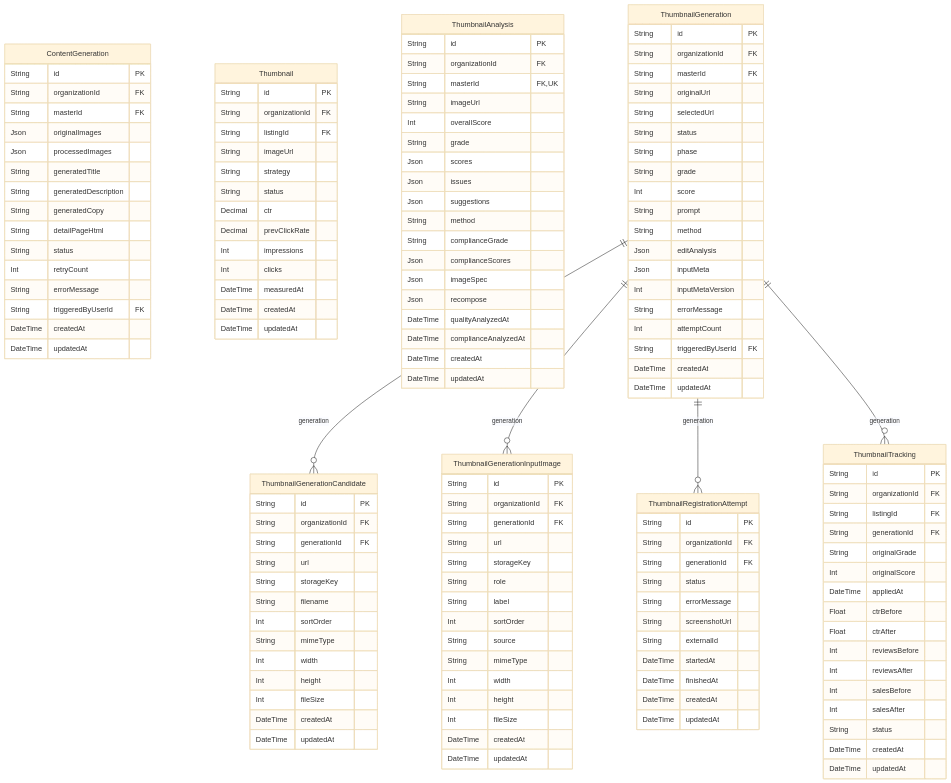
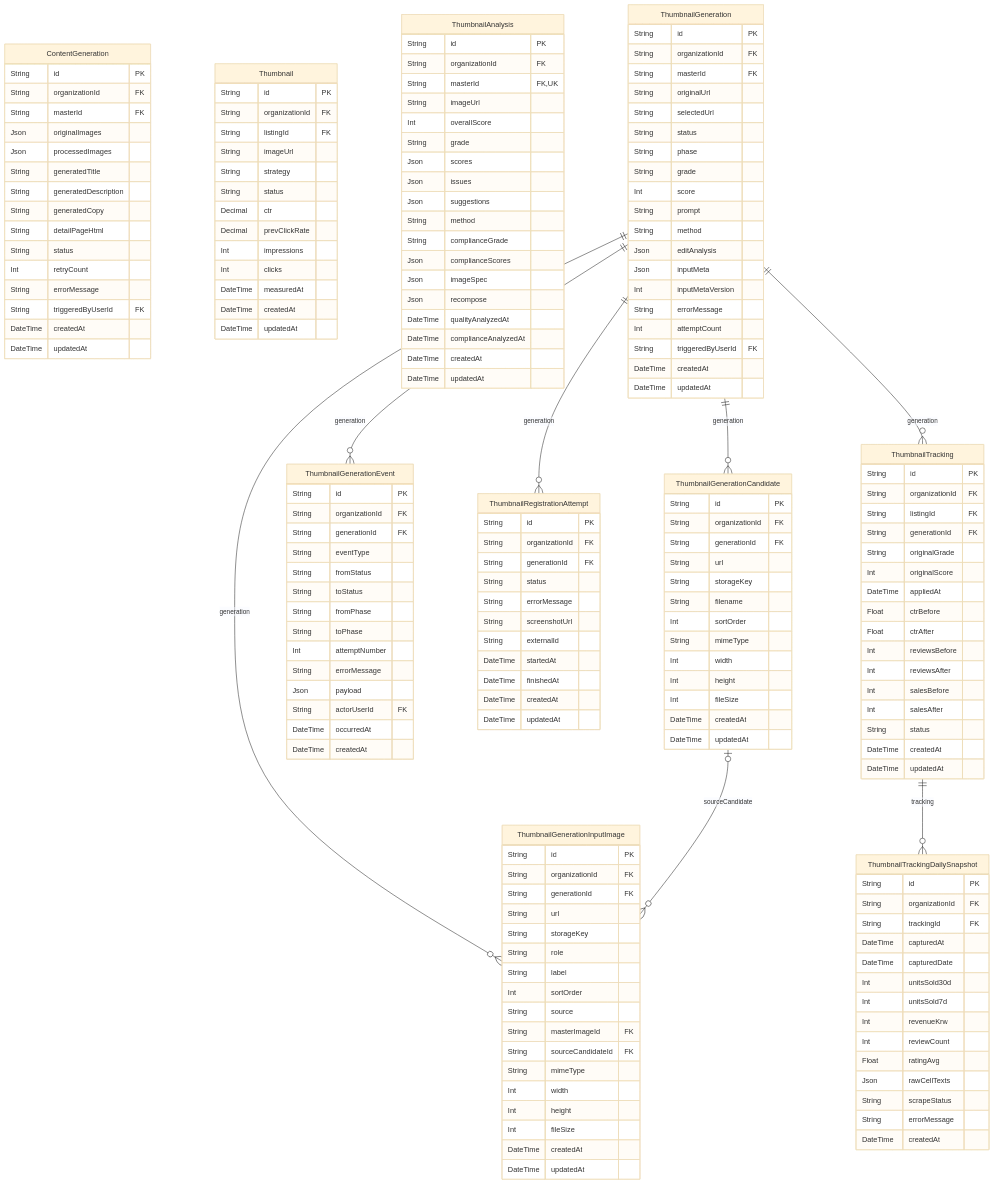
One commit to AgentFoundry-Labs/kiditem changed the diagram in docs/erd/ai.md. Above: the diagram before and after it, drawn with Mermaid (base theme). The commit also changed other lines of this file and 85 other files, not shown here.

Commit message:
fix: refine kiditem generation review fixes

````diff
--- a/docs/erd/ai.md
+++ b/docs/erd/ai.md
@@ -110,6 +112,22 @@
     DateTime createdAt
     DateTime updatedAt
   }
+  ThumbnailGenerationEvent {
+    String id PK
+    String organizationId FK
+    String generationId FK
+    String eventType
+    String fromStatus
+    String toStatus
+    String fromPhase
+    String toPhase
+    Int attemptNumber
+    String errorMessage
+    Json payload
+    String actorUserId FK
+    DateTime occurredAt
+    DateTime createdAt
+  }
   ThumbnailGenerationInputImage {
     String id PK
     String organizationId FK
@@ -120,6 +138,8 @@
     String label
     Int sortOrder
     String source
+    String masterImageId FK
+    String sourceCandidateId FK
     String mimeType
     Int width
     Int height
@@ -158,8 +178,27 @@
     DateTime createdAt
     DateTime updatedAt
   }
+  ThumbnailTrackingDailySnapshot {
+    String id PK
+    String organizationId FK
+    String trackingId FK
+    DateTime capturedAt
+    DateTime capturedDate
+    Int unitsSold30d
+    Int unitsSold7d
+    Int revenueKrw
+    Int reviewCount
+    Float ratingAvg
+    Json rawCellTexts
+    String scrapeStatus
+    String errorMessage
+    DateTime createdAt
+  }
   ThumbnailGeneration ||--o{ ThumbnailGenerationCandidate : "generation"
+  ThumbnailGeneration ||--o{ ThumbnailGenerationEvent : "generation"
   ThumbnailGeneration ||--o{ ThumbnailGenerationInputImage : "generation"
   ThumbnailGeneration ||--o{ ThumbnailRegistrationAttempt : "generation"
   ThumbnailGeneration ||--o{ ThumbnailTracking : "generation"
+  ThumbnailGenerationCandidate o|--o{ ThumbnailGenerationInputImage : "sourceCandidate"
+  ThumbnailTracking ||--o{ ThumbnailTrackingDailySnapshot : "tracking"
 ```
````
